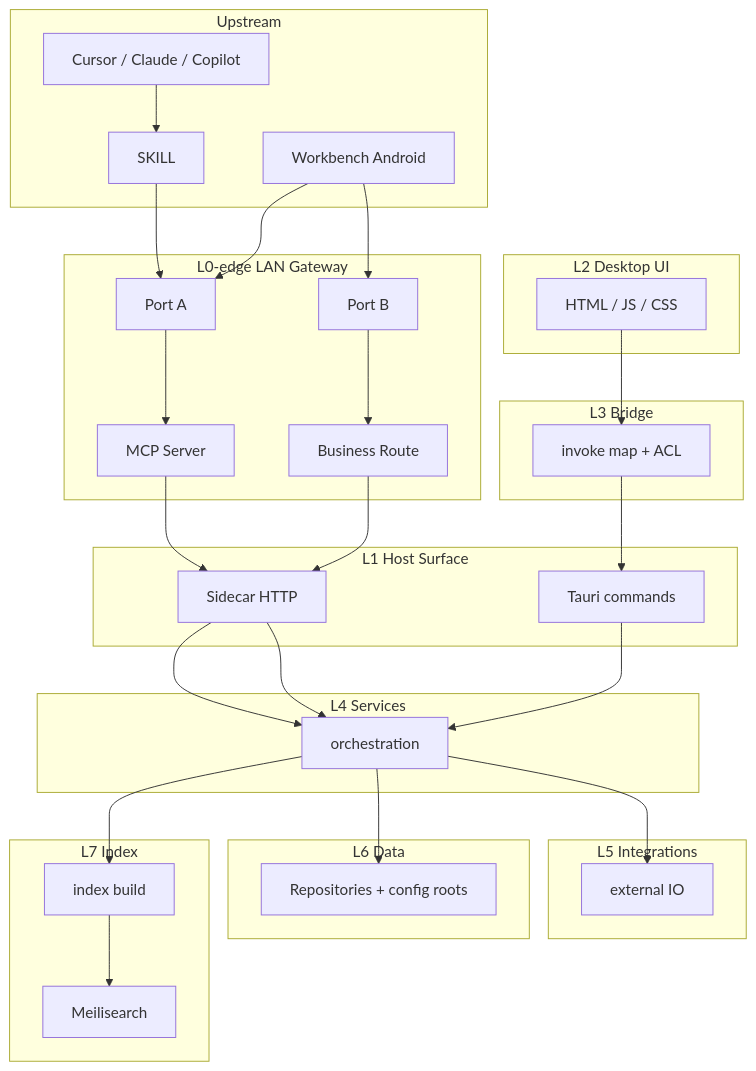
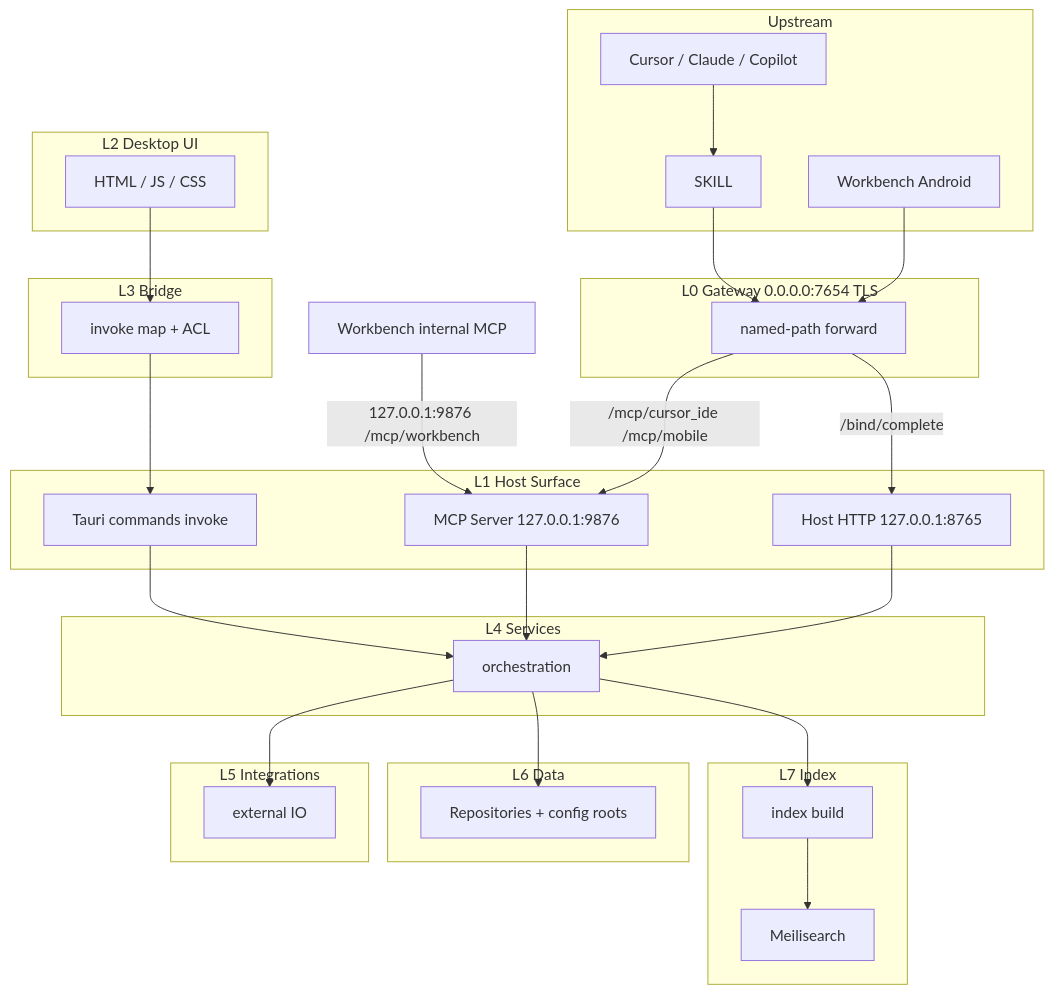
One commit to lulufoo/lulu-spark changed the diagram in docs/architecture/arch-layer-constraints.md. Above: the diagram before and after it, drawn with Mermaid. The commit also changed other lines of this file, not shown here.

Commit message:
docs(architecture): retarget layer constraints after entry-plane converge

````diff
--- a/docs/architecture/arch-layer-constraints.md
+++ b/docs/architecture/arch-layer-constraints.md
@@ -7,53 +9,55 @@
 ```mermaid
 flowchart TB
   subgraph UP["Upstream"]
     IDE[Cursor / Claude / Copilot]
     SKILL[SKILL]
     AND[Workbench Android]
   end
 
-  subgraph EDGE["L0-edge LAN Gateway"]
-    LN1[Port A]
-    LN2[Port B]
-    MCP[MCP Server]
-    BIZ[Business Route]
+  subgraph L0["L0 Gateway  0.0.0.0:7654 TLS"]
+    GW[named-path forward]
   end
 
   subgraph L2["L2 Desktop UI"]
     UI[HTML / JS / CSS]
   end
 
   subgraph L3["L3 Bridge"]
     BR[invoke map + ACL]
   end
 
   subgraph L1["L1 Host Surface"]
-    HTTP[Sidecar HTTP]
-    CMD[Tauri commands]
+    MCP["MCP Server  127.0.0.1:9876"]
+    HTTP["Host HTTP  127.0.0.1:8765"]
+    CMD["Tauri commands  invoke"]
   end
 
   subgraph L4["L4 Services"]
     SVC[orchestration]
   end
 
   subgraph L5["L5 Integrations"]
     INT[external IO]
   end
 
   subgraph L6["L6 Data"]
     REPO[Repositories + config roots]
   end
 
   subgraph L7["L7 Index"]
     IDX[index build]
     MEILI[Meilisearch]
   end
 
-  IDE --> SKILL --> LN1 --> MCP --> HTTP --> SVC
-  AND --> LN1
-  AND --> LN2 --> BIZ --> HTTP --> SVC
+  INTMCP[Workbench internal MCP]
+
+  IDE --> SKILL --> GW
+  AND --> GW
+  GW -->|/mcp/cursor_ide /mcp/mobile| MCP --> SVC
+  GW -->|/bind/complete| HTTP --> SVC
+  INTMCP -->|127.0.0.1:9876 /mcp/workbench| MCP
   UI --> BR --> CMD --> SVC
   SVC --> INT
   SVC --> REPO
   SVC --> IDX --> MEILI
 ```
````
